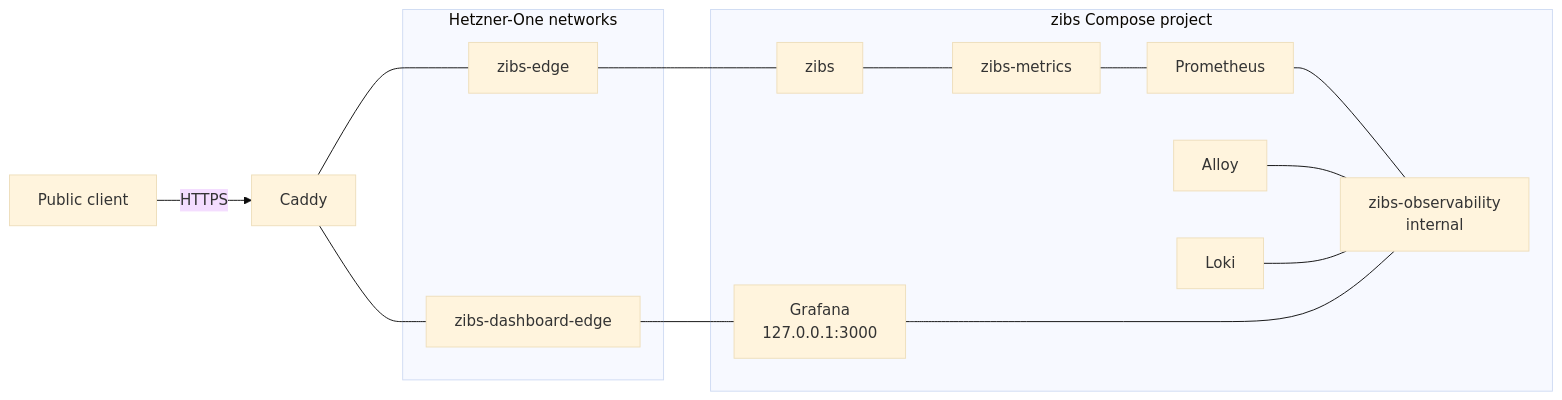
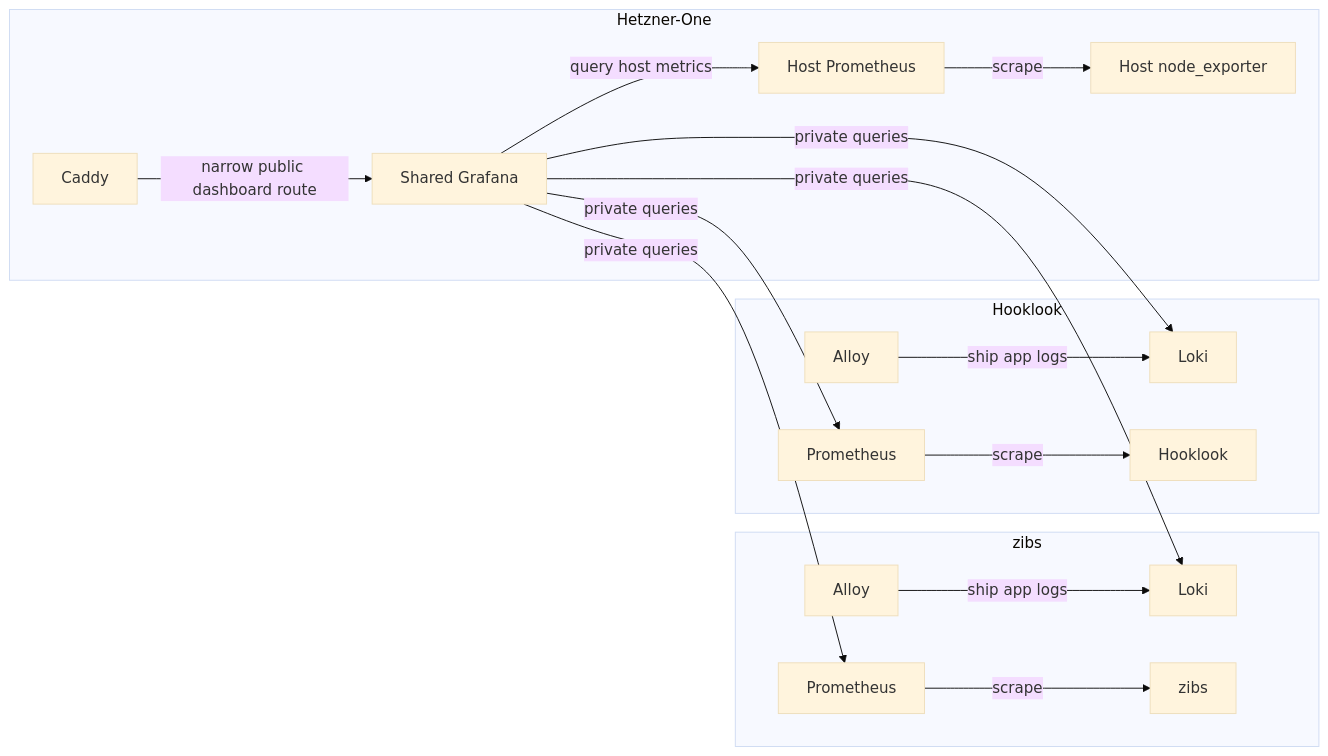
Before and after one commit to dvinubius/zibs: the diagram in docs/v2-topology-improvements.md, drawn with Mermaid (base theme). The commit also changed other lines of this file and 2 other files, not shown here.

Commit message:
Remove completed cutover record and clarify observability ownership

````diff
--- a/docs/v2-topology-improvements.md
+++ b/docs/v2-topology-improvements.md
@@ -70,27 +28,32 @@
 ```mermaid
 flowchart LR
-    client[Public client] -->|HTTPS| caddy[Caddy]
-
-    subgraph platform[Hetzner-One networks]
-        edge[zibs-edge]
-        dashboardEdge[zibs-dashboard-edge]
+    subgraph platform[Hetzner-One]
+        grafana[Shared Grafana]
+        hostProm[Host Prometheus]
+        node[Host node_exporter]
+        caddy[Caddy]
+        hostProm -->|scrape| node
+        grafana -->|query host metrics| hostProm
+        caddy -->|narrow public dashboard route| grafana
     end
-
-    subgraph zibsProject[zibs Compose project]
+    subgraph zibsProject[zibs]
+        zp[Prometheus]
+        za[Alloy]
+        zl[Loki]
         app[zibs]
-        prometheus[Prometheus]
-        alloy[Alloy]
-        loki[Loki]
-        grafana[Grafana<br/>127.0.0.1:3000]
-        metrics[zibs-metrics]
-        observability[zibs-observability<br/>internal]
+        zp -->|scrape| app
+        za -->|ship app logs| zl
     end
-
-    caddy --- edge --- app
-    caddy --- dashboardEdge --- grafana
-    app --- metrics --- prometheus
-    prometheus --- observability
-    alloy --- observability
-    loki --- observability
-    grafana --- observability
+    subgraph hooklookProject[Hooklook]
+        hp[Prometheus]
+        ha[Alloy]
+        hl[Loki]
+        hooklook[Hooklook]
+        hp -->|scrape| hooklook
+        ha -->|ship app logs| hl
+    end
+    grafana -->|private queries| zp
+    grafana -->|private queries| zl
+    grafana -->|private queries| hp
+    grafana -->|private queries| hl
 ```
````
